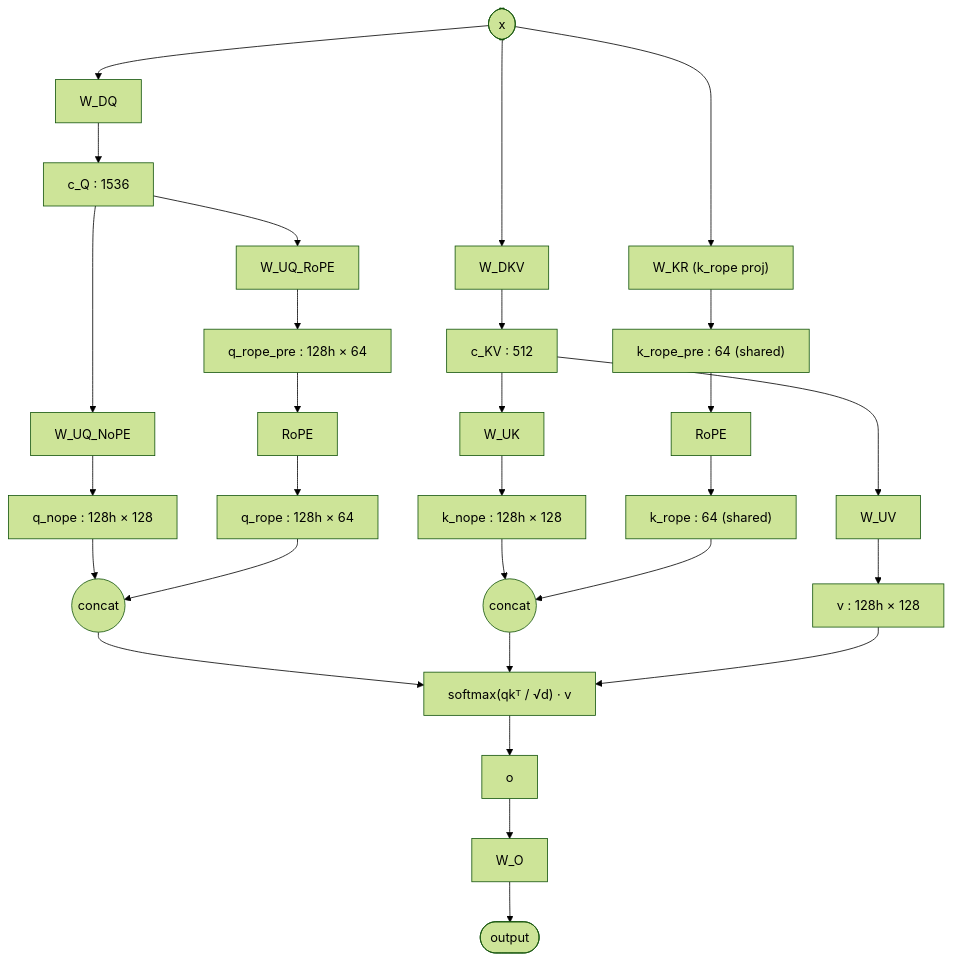
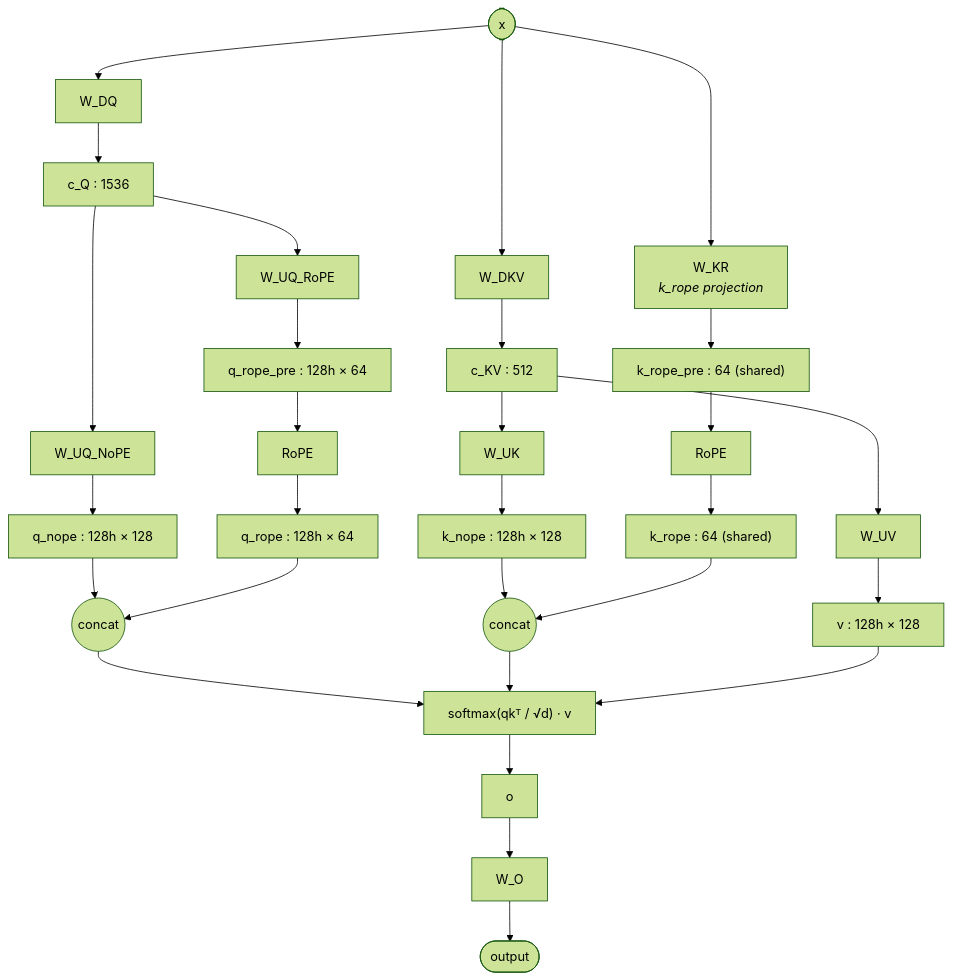
The diagram in skills/model-architecture-ascii/references/diagrams/deepseek-v3.2-mla.md (AndyKong2020/AI-Infra-Auto-Driven-SKILLS), drawn with Mermaid (forest theme) before and after one commit. The commit also changed 2 other files, not shown here.

Commit message:
Apply italic-only annotation rule consistently; broaden style guide
Previously the italic <br/><i>...</i> convention only covered
distinguishing-feature annotations (Qwen3 MoE "no shared expert" vs
DeepSeek MoE). Other annotation kinds — behavior summaries and name
elaborations — were slipping back into plain-text parentheticals
("Router (W_g)", "(8 of 64 active per token)", "W_KR (k_rope proj)").

Broaden the style-guide rule: any in-label content beyond the bare
module name uses <br/><i>...</i>. Plain-text parentheticals are
disallowed. Numerical parameters still belong in Key parameters.

Apply across Hunyuan-A13B MoE detail (Router, Routed Experts) and
DeepSeek-V3.2 MLA (W_KR).

````diff
--- a/skills/model-architecture-ascii/references/diagrams/deepseek-v3.2-mla.md
+++ b/skills/model-architecture-ascii/references/diagrams/deepseek-v3.2-mla.md
@@ -19,41 +19,41 @@
 ```mermaid
 flowchart TD
     x([x])
 
     x --> WDQ[W_DQ]
     x --> WDKV[W_DKV]
-    x --> WKR["W_KR (k_rope proj)"]
+    x --> WKR["W_KR<br/><i>k_rope projection</i>"]
 
     WDQ --> cQ["c_Q : 1536"]
     WDKV --> cKV["c_KV : 512"]
     WKR --> kr_pre["k_rope_pre : 64 (shared)"]
 
     cQ --> WUQ_NoPE[W_UQ_NoPE]
     cQ --> WUQ_RoPE[W_UQ_RoPE]
     cKV --> WUK[W_UK]
     cKV --> WUV[W_UV]
 
     WUQ_NoPE --> q_nope["q_nope : 128h × 128"]
     WUQ_RoPE --> q_rope_pre["q_rope_pre : 128h × 64"]
     WUK --> k_nope["k_nope : 128h × 128"]
     WUV --> v["v : 128h × 128"]
 
     q_rope_pre --> RoPE_q[RoPE]
     kr_pre --> RoPE_k[RoPE]
 
     RoPE_q --> q_rope["q_rope : 128h × 64"]
     RoPE_k --> k_rope["k_rope : 64 (shared)"]
 
     q_nope --> q_concat((concat))
     q_rope --> q_concat
     k_nope --> k_concat((concat))
     k_rope --> k_concat
 
     q_concat --> attn["softmax(qkᵀ / √d) · v"]
     k_concat --> attn
     v --> attn
 
     attn --> o[o]
     o --> WO[W_O]
     WO --> out([output])
 ```
````
